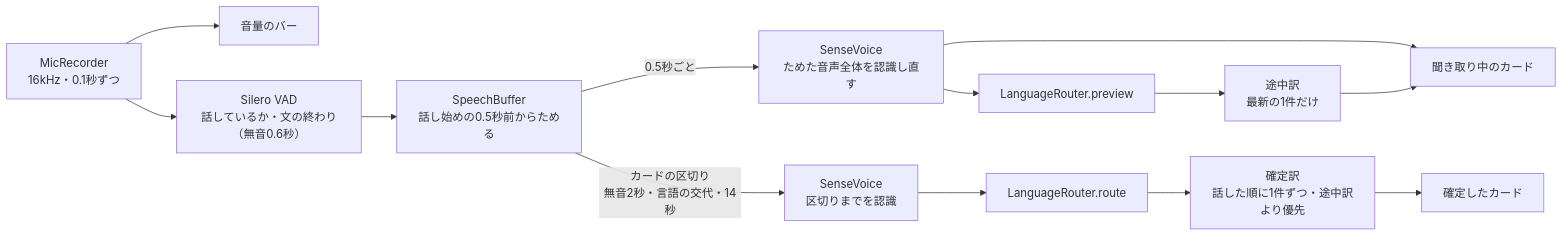
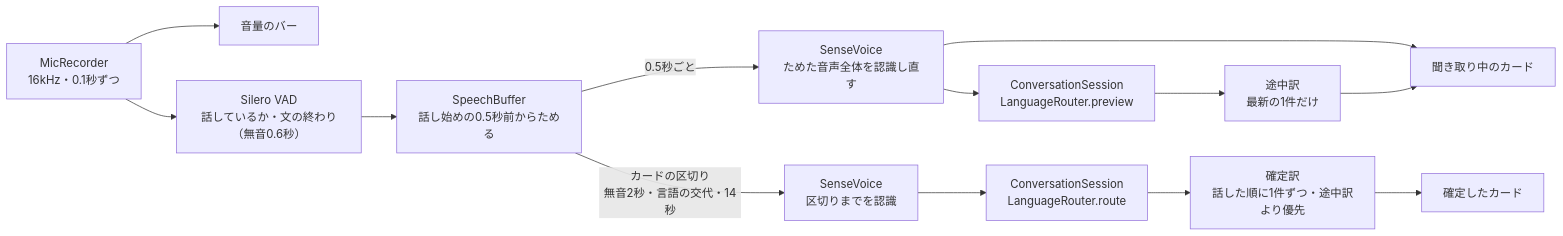
The diagram in docs/設計/会話翻訳.md (kagerouttepaso/PlamoTranslate), drawn with Mermaid before and after one commit. The commit also changed other lines of this file and 37 other files, not shown here.

````diff
--- a/docs/設計/会話翻訳.md
+++ b/docs/設計/会話翻訳.md
@@ -9,13 +9,13 @@
 ```mermaid
 flowchart LR
   MIC["MicRecorder<br>16kHz・0.1秒ずつ"] --> LV["音量のバー"]
   MIC --> VAD["Silero VAD<br>話しているか・文の終わり（無音0.6秒）"]
   VAD --> BUF["SpeechBuffer<br>話し始めの0.5秒前からためる"]
   BUF -->|0.5秒ごと| PT["SenseVoice<br>ためた音声全体を認識し直す"]
-  PT --> PRV["LanguageRouter.preview"] --> PTR["途中訳<br>最新の1件だけ"]
+  PT --> PRV["ConversationSession<br>LanguageRouter.preview"] --> PTR["途中訳<br>最新の1件だけ"]
   PT --> LIVE["聞き取り中のカード"]
   PTR --> LIVE
   BUF -->|"カードの区切り<br>無音2秒・言語の交代・14秒"| SV["SenseVoice<br>区切りまでを認識"]
-  SV --> RT["LanguageRouter.route"] --> TR["確定訳<br>話した順に1件ずつ・途中訳より優先"]
+  SV --> RT["ConversationSession<br>LanguageRouter.route"] --> TR["確定訳<br>話した順に1件ずつ・途中訳より優先"]
   TR --> CARD["確定したカード"]
 ```
````
